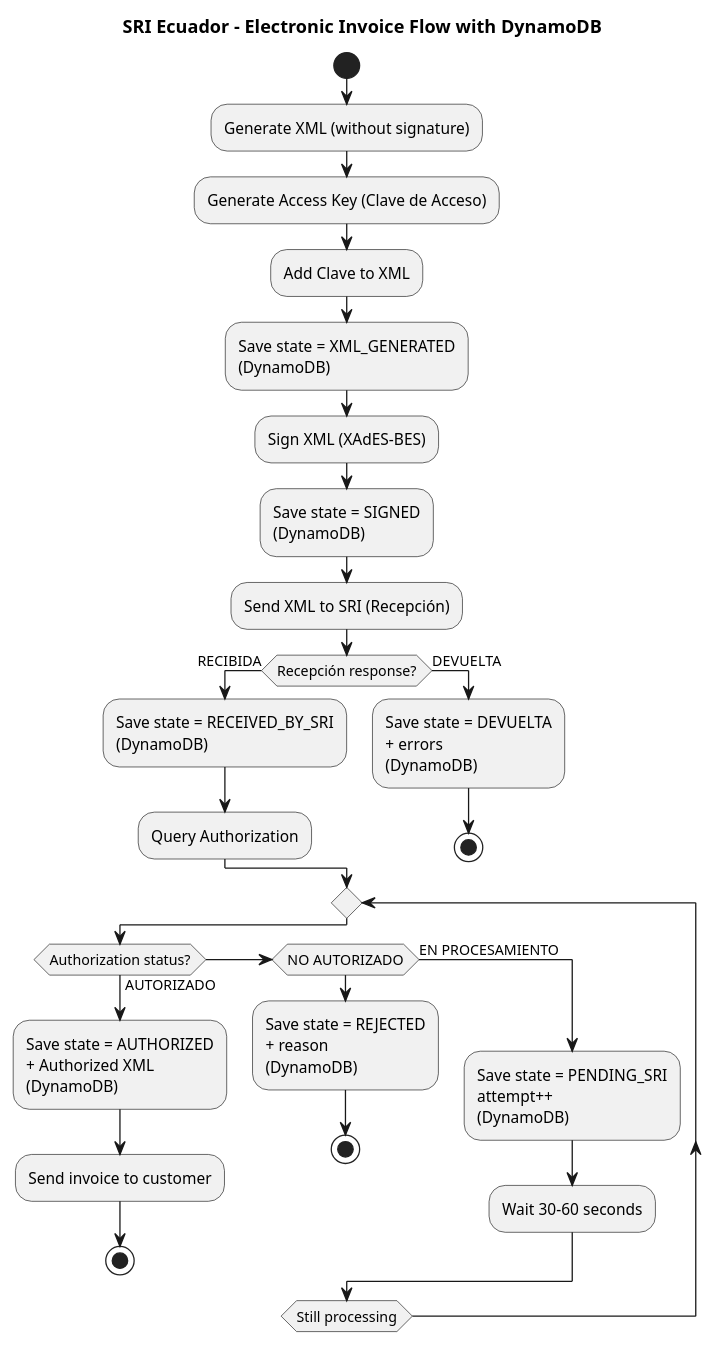
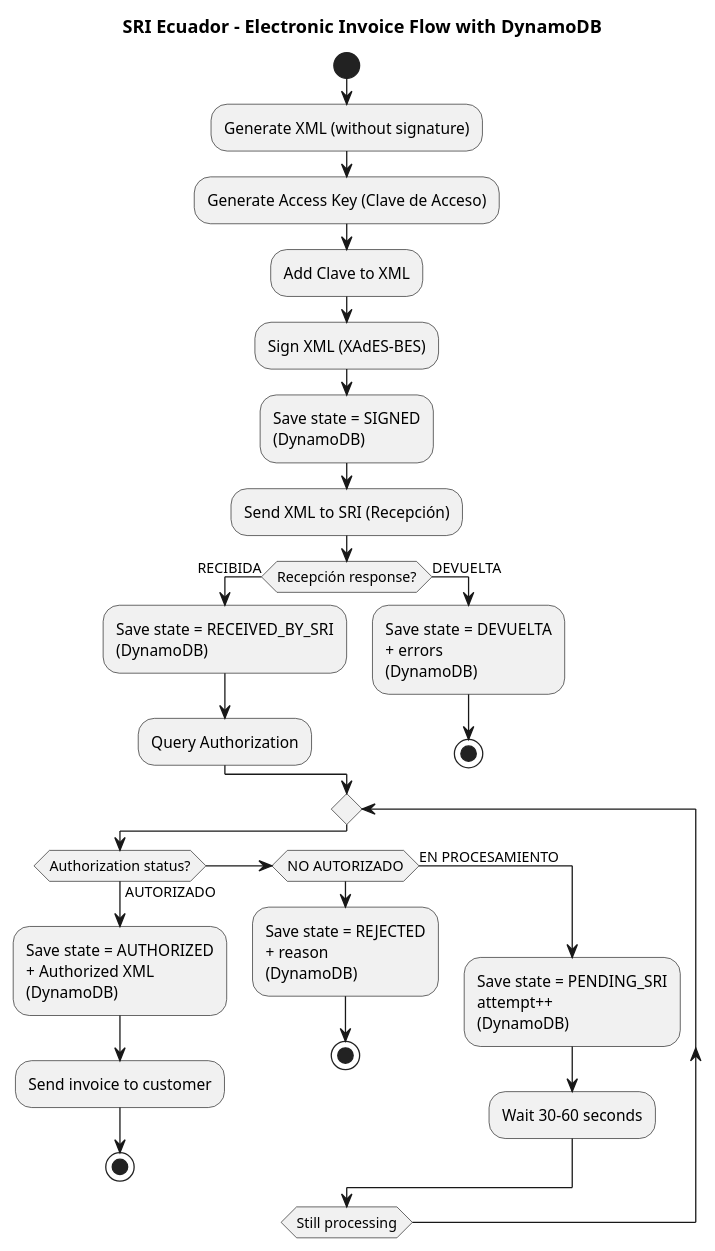
The diagram in docs/workflow.puml (wlatrujillo/facturero-sri-api), drawn with PlantUML before and after one commit. The commit also changed 5 other files, not shown here.

```diff
--- a/docs/workflow.puml
+++ b/docs/workflow.puml
@@ -1,40 +1,38 @@
 @startuml
 title SRI Ecuador - Electronic Invoice Flow with DynamoDB
 
 start
 
 :Generate XML (without signature);
 :Generate Access Key (Clave de Acceso);
 :Add Clave to XML;
-
-:Save state = XML_GENERATED\n(DynamoDB);
 
 :Sign XML (XAdES-BES);
 
 :Save state = SIGNED\n(DynamoDB);
 
 :Send XML to SRI (Recepción);
 
 if (Recepción response?) then (RECIBIDA)
   :Save state = RECEIVED_BY_SRI\n(DynamoDB);
   :Query Authorization;
 else (DEVUELTA)
   :Save state = DEVUELTA\n+ errors\n(DynamoDB);
   stop
 endif
 
 repeat
   if (Authorization status?) then (AUTORIZADO)
     :Save state = AUTHORIZED\n+ Authorized XML\n(DynamoDB);
     :Send invoice to customer;
     stop
   elseif (NO AUTORIZADO)
     :Save state = REJECTED\n+ reason\n(DynamoDB);
     stop
   else (EN PROCESAMIENTO)
     :Save state = PENDING_SRI\nattempt++\n(DynamoDB);
     :Wait 30-60 seconds;
   endif
 repeat while (Still processing)
 
 @enduml
```
